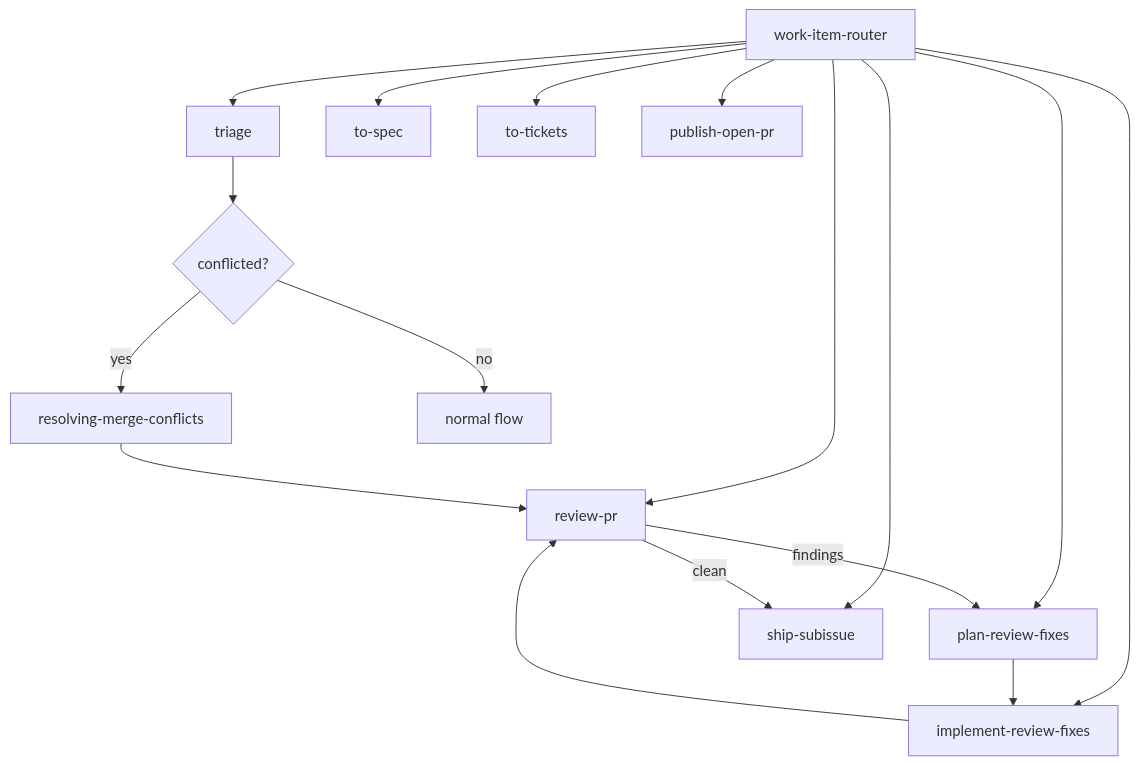
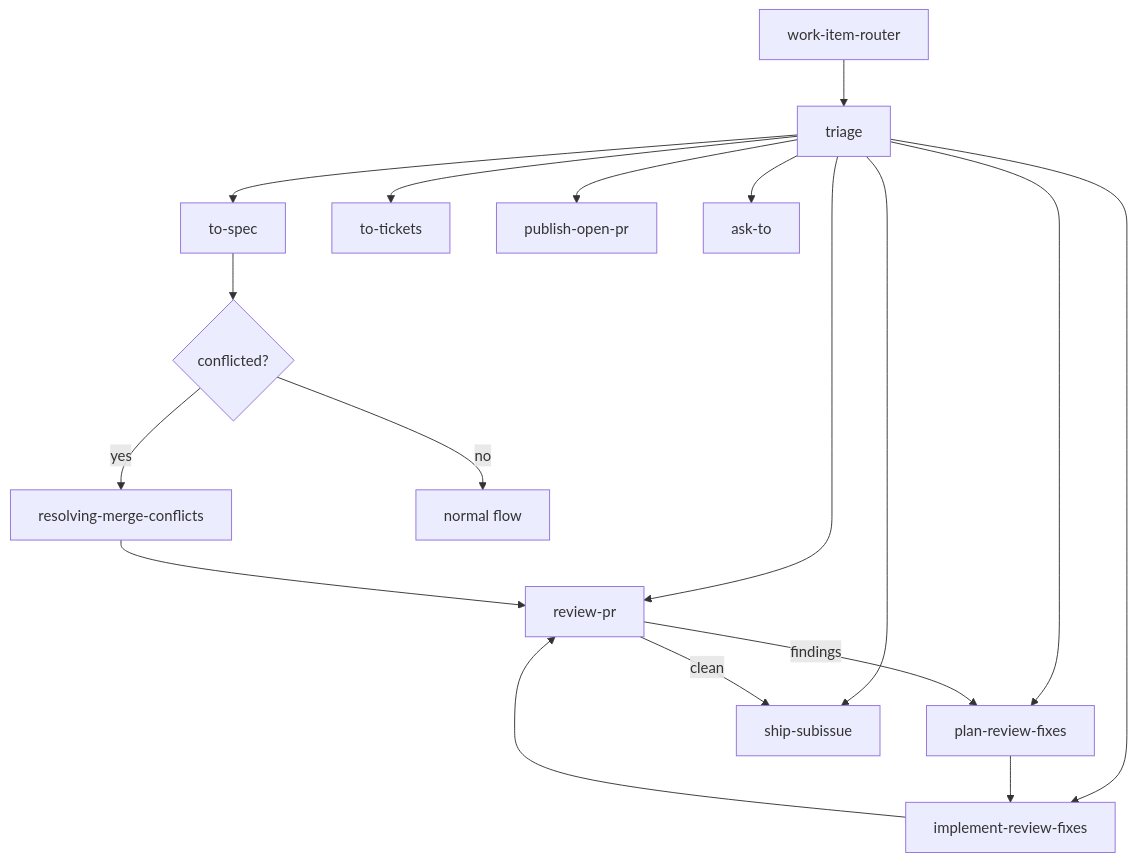
The diagram in docs/agents/index.md (quantumquirkxyz/skills-quirk), drawn with Mermaid before and after one commit. The commit also changed other lines of this file and 22 other files, not shown here.

````diff
--- a/docs/agents/index.md
+++ b/docs/agents/index.md
@@ -5,19 +5,20 @@
 ```mermaid
 flowchart TD
     A[work-item-router] --> B[triage]
-    A --> C[to-spec]
-    A --> D[to-tickets]
-    A --> E[review-pr]
-    A --> F[plan-review-fixes]
-    A --> G[implement-review-fixes]
-    A --> H[publish-open-pr]
-    A --> I[ship-subissue]
-    B --> J{conflicted?}
-    J -->|yes| K[resolving-merge-conflicts]
-    K --> E
-    J -->|no| L[normal flow]
+    B --> C[to-spec]
+    B --> D[to-tickets]
+    B --> E[review-pr]
+    B --> F[plan-review-fixes]
+    B --> G[implement-review-fixes]
+    B --> H[publish-open-pr]
+    B --> I[ship-subissue]
+    B --> J[ask-to]
+    C --> K{conflicted?}
+    K -->|yes| L[resolving-merge-conflicts]
+    L --> E
+    K -->|no| M[normal flow]
     E -->|findings| F
     F --> G
     G --> E
     E -->|clean| I
 ```
````
